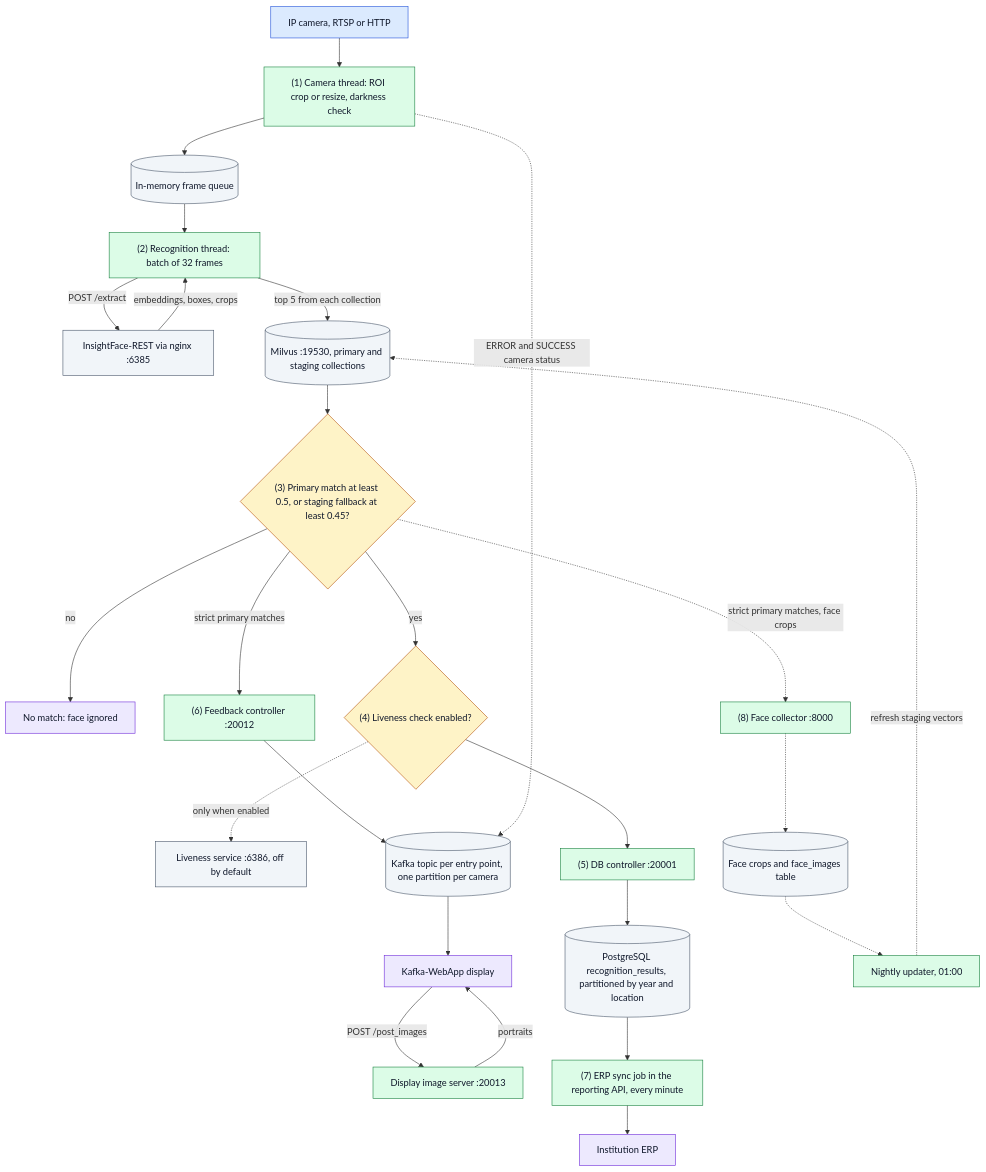
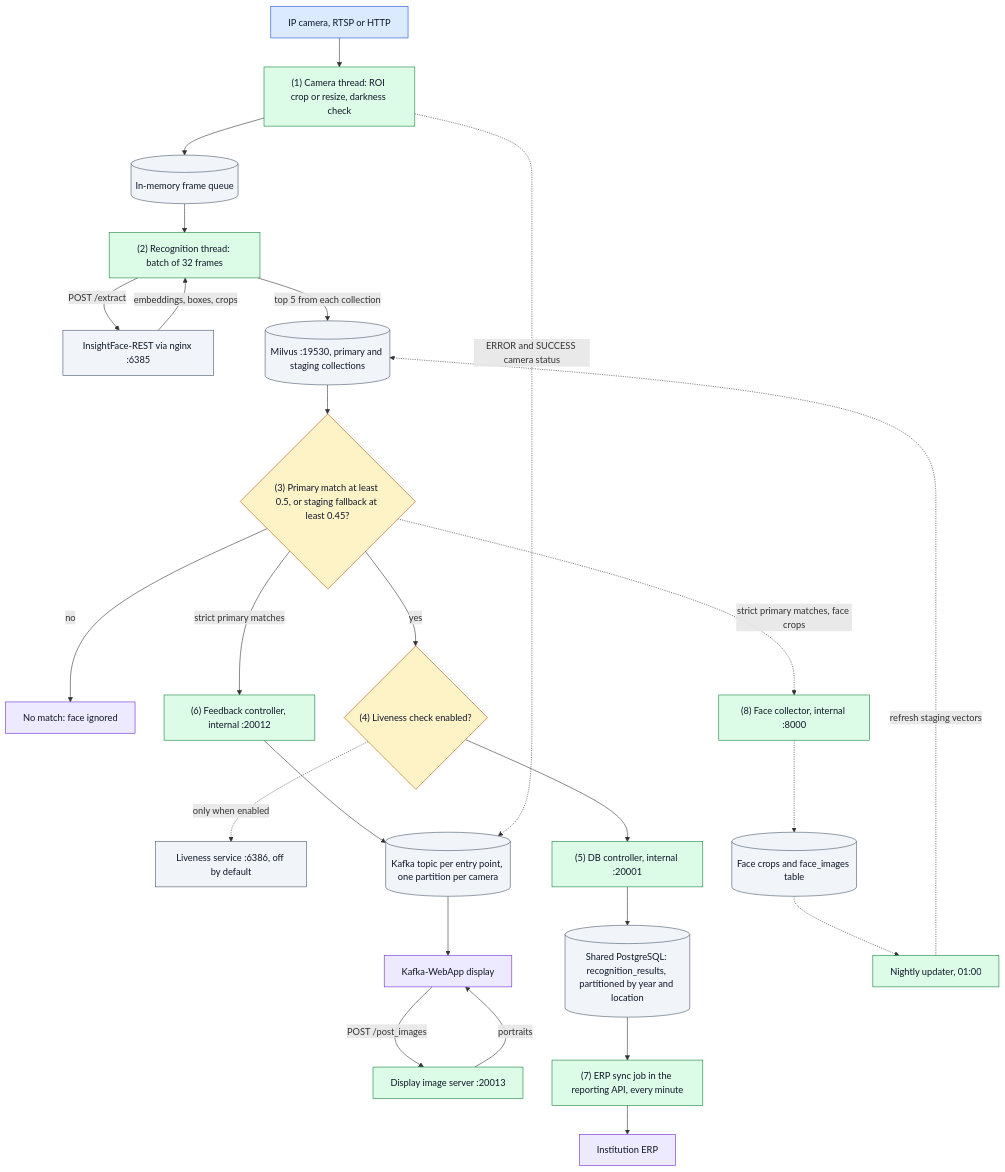
Before and after one commit to hamza-aziz-ai/CCTV-Face-Recognition-Attendance-System: the first of 2 diagrams in README.md, drawn with Mermaid. The commit also changed other lines of this file and 11 other files, not shown here.

````diff
--- a/README.md
+++ b/README.md
@@ -16,52 +16,52 @@
 ```mermaid
 flowchart TB
     CAM["`IP camera, RTSP or HTTP`"]:::entry
     PROD["`(1) Camera thread: ROI crop or resize, darkness check`"]:::step
     Q[("`In-memory frame queue`")]:::store
     CONS["`(2) Recognition thread: batch of 32 frames`"]:::step
     IFR["`InsightFace-REST via nginx :6385`"]:::store
     MV[("`Milvus :19530, primary and staging collections`")]:::store
     DEC{"`(3) Primary match at least 0.5, or staging fallback at least 0.45?`"}:::decision
     NOPE["`No match: face ignored`"]:::outcome
     LIVE{"`(4) Liveness check enabled?`"}:::decision
     LV["`Liveness service :6386, off by default`"]:::store
-    DBC["`(5) DB controller :20001`"]:::step
-    PG[("`PostgreSQL recognition_results, partitioned by year and location`")]:::store
-    FBC["`(6) Feedback controller :20012`"]:::step
+    DBC["`(5) DB controller, internal :20001`"]:::step
+    PG[("`Shared PostgreSQL: recognition_results, partitioned by year and location`")]:::store
+    FBC["`(6) Feedback controller, internal :20012`"]:::step
     K[("`Kafka topic per entry point, one partition per camera`")]:::store
     KW["`Kafka-WebApp display`"]:::outcome
     DISP["`Display image server :20013`"]:::step
     API["`(7) ERP sync job in the reporting API, every minute`"]:::step
     ERP["`Institution ERP`"]:::outcome
-    COL["`(8) Face collector :8000`"]:::step
+    COL["`(8) Face collector, internal :8000`"]:::step
     DYN[("`Face crops and face_images table`")]:::store
     UPD["`Nightly updater, 01:00`"]:::step
 
     CAM --> PROD --> Q --> CONS
     CONS -->|"`POST /extract`"| IFR
     IFR -->|"`embeddings, boxes, crops`"| CONS
     CONS -->|"`top 5 from each collection`"| MV
     MV --> DEC
     DEC -->|"`no`"| NOPE
     DEC -->|"`yes`"| LIVE
     LIVE -.->|"`only when enabled`"| LV
     LIVE --> DBC
     DBC --> PG
     DEC -->|"`strict primary matches`"| FBC
     FBC --> K --> KW
     KW -->|"`POST /post_images`"| DISP
     DISP -->|"`portraits`"| KW
     PROD -.->|"`ERROR and SUCCESS camera status`"| K
     PG --> API --> ERP
     DEC -.->|"`strict primary matches, face crops`"| COL
     COL -.-> DYN
     DYN -.-> UPD
     UPD -.->|"`refresh staging vectors`"| MV
 
     classDef entry fill:#dbeafe,stroke:#1d4ed8,color:#0f172a
     classDef step fill:#dcfce7,stroke:#15803d,color:#0f172a
     classDef decision fill:#fef3c7,stroke:#b45309,color:#0f172a
     classDef outcome fill:#ede9fe,stroke:#6d28d9,color:#0f172a
     classDef error fill:#fee2e2,stroke:#b91c1c,color:#0f172a
     classDef store fill:#f1f5f9,stroke:#475569,color:#0f172a
 ```
````
